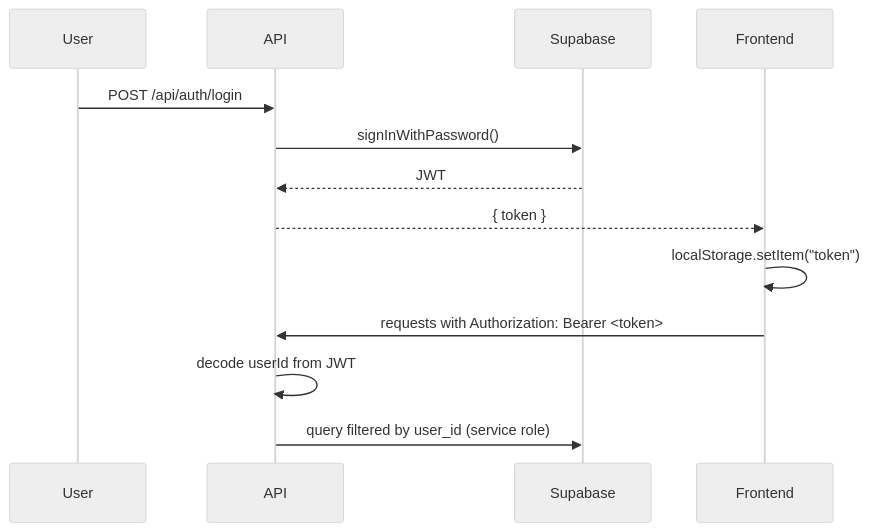
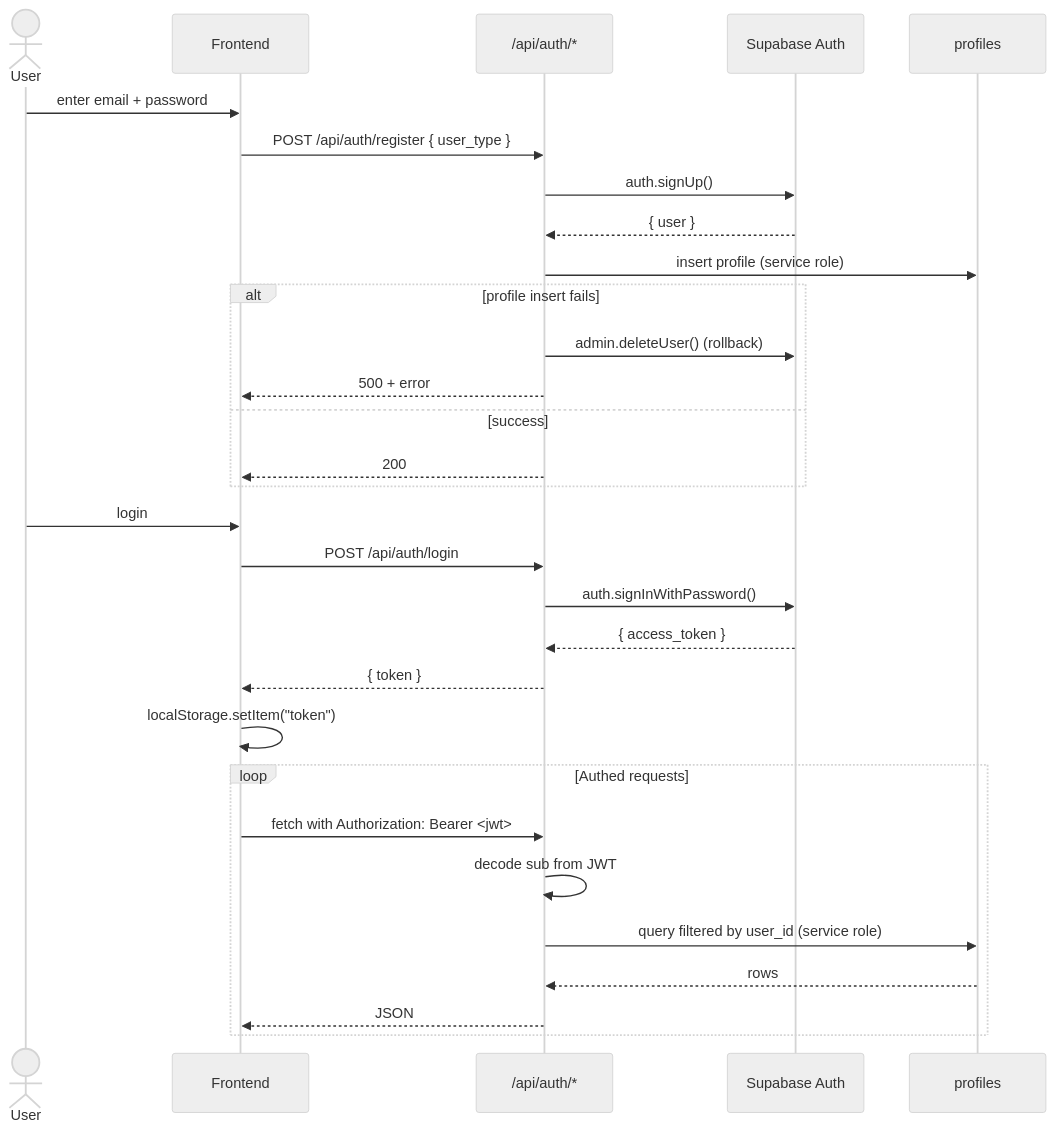
Before and after one commit to kurzmichael02-hue/fundflow: the third of 5 diagrams in README.md, drawn with Mermaid (neutral theme). The commit also changed other lines of this file and 15 other files, not shown here.

First line of the commit message:
feat: forgot/reset password flow

````diff
--- a/README.md
+++ b/README.md
@@ -150,11 +193,35 @@
 ```mermaid
 sequenceDiagram
-    User->>API: POST /api/auth/login
-    API->>Supabase: signInWithPassword()
-    Supabase-->>API: JWT
-    API-->>Frontend: { token }
-    Frontend->>Frontend: localStorage.setItem("token")
-    Frontend->>API: requests with Authorization: Bearer <token>
-    API->>API: decode userId from JWT
-    API->>Supabase: query filtered by user_id (service role)
+    actor User
+    participant FE as Frontend
+    participant API as /api/auth/*
+    participant SB as Supabase Auth
+    participant DB as profiles
+
+    User->>FE: enter email + password
+    FE->>API: POST /api/auth/register { user_type }
+    API->>SB: auth.signUp()
+    SB-->>API: { user }
+    API->>DB: insert profile (service role)
+    alt profile insert fails
+        API->>SB: admin.deleteUser() (rollback)
+        API-->>FE: 500 + error
+    else success
+        API-->>FE: 200
+    end
+
+    User->>FE: login
+    FE->>API: POST /api/auth/login
+    API->>SB: auth.signInWithPassword()
+    SB-->>API: { access_token }
+    API-->>FE: { token }
+    FE->>FE: localStorage.setItem("token")
+
+    loop Authed requests
+        FE->>API: fetch with Authorization: Bearer <jwt>
+        API->>API: decode sub from JWT
+        API->>DB: query filtered by user_id (service role)
+        DB-->>API: rows
+        API-->>FE: JSON
+    end
 ```
````
